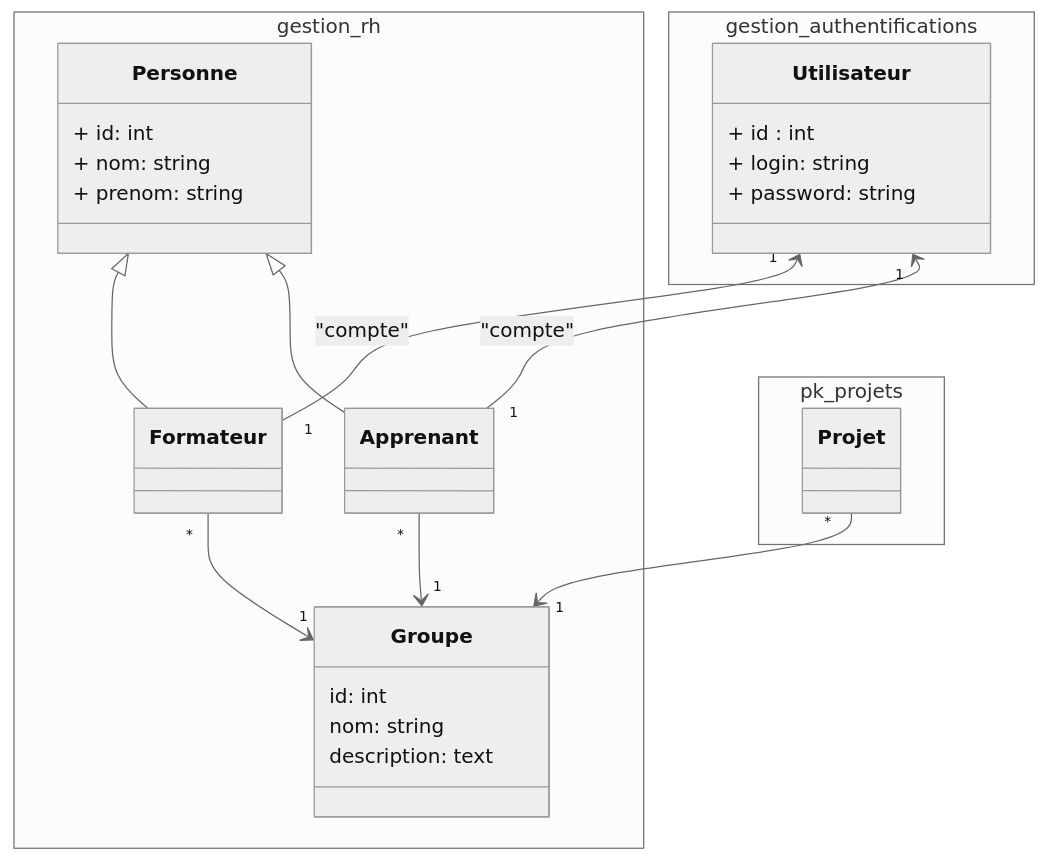
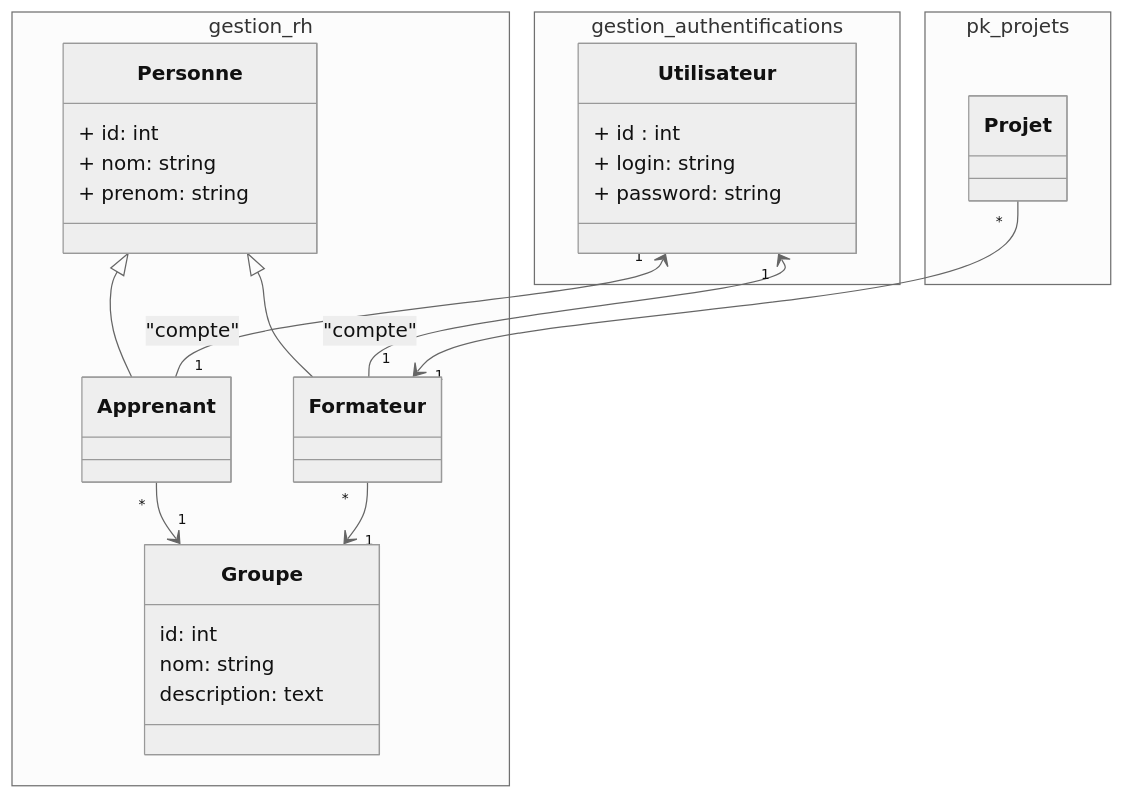
One commit to zaani12/prototype changed the diagram in modélisation/pkg_rh/classes_pkg_rh.mmd. Above: the diagram before and after it, drawn with Mermaid (neutral theme). The commit also changed 7 other files, not shown here.

```diff
--- a/modélisation/pkg_rh/classes_pkg_rh.mmd
+++ b/modélisation/pkg_rh/classes_pkg_rh.mmd
@@ -1,49 +1,49 @@
 classDiagram
 
 namespace gestion_rh{
 
 class Personne {
     + id: int 
     + nom: string 
     + prenom: string 
 
     %% + type : string : Voue ne pouvez pas ajouter le champs type ici, il doit être ajouter dans la base de données 
     %% Le change type est sumbolisé dans le diagramme de classe par la notion d'héritage
 }
 class Formateur 
 class Apprenant
 
 class  Groupe {
     id: int
     nom: string
     description: text
 }
 
 
 }
 
 namespace pk_projets {
   class Projet
 
 }
 
 
 
 namespace gestion_authentifications {
 
 class Utilisateur {
     + id : int
     + login: string 
     + password: string 
 }
 }
 
 Personne <|-- Formateur
 Personne <|-- Apprenant 
 Utilisateur "1" <-- "1" Formateur : "compte"
 Utilisateur "1" <-- "1" Apprenant : "compte"
 
 Apprenant  "*" --> "1"  Groupe 
 
-Projet "*" --> "1" Groupe
+Projet "*" --> "1" Formateur
 Formateur "*" --> "1" Groupe
```
